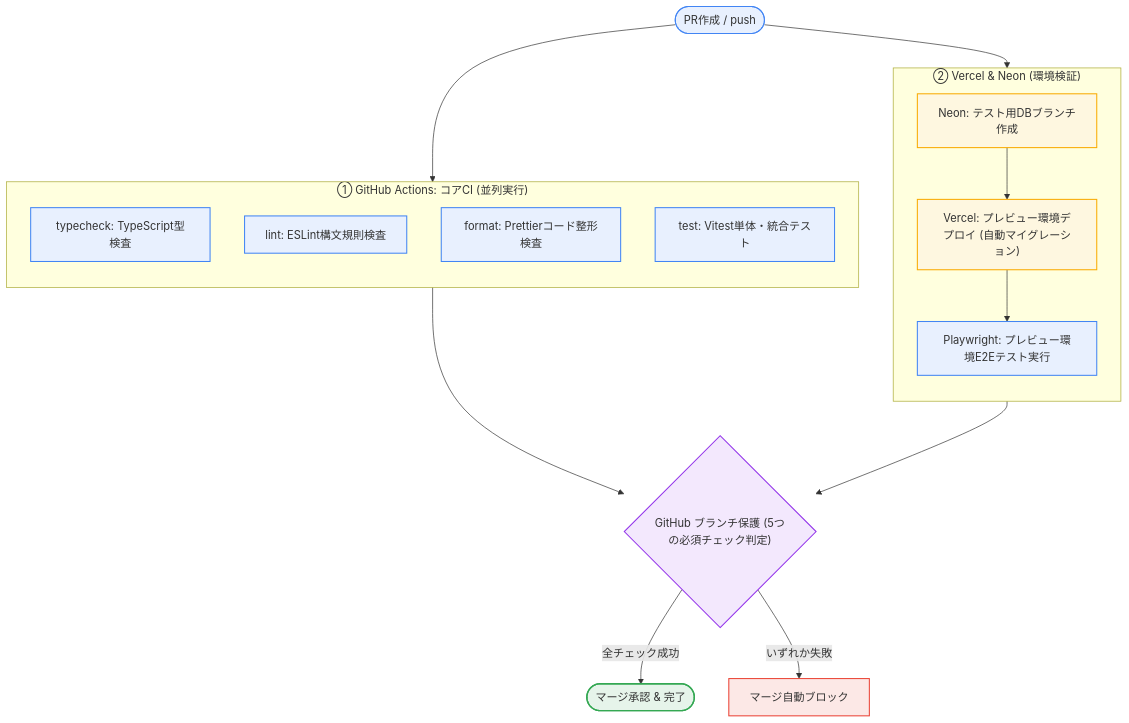
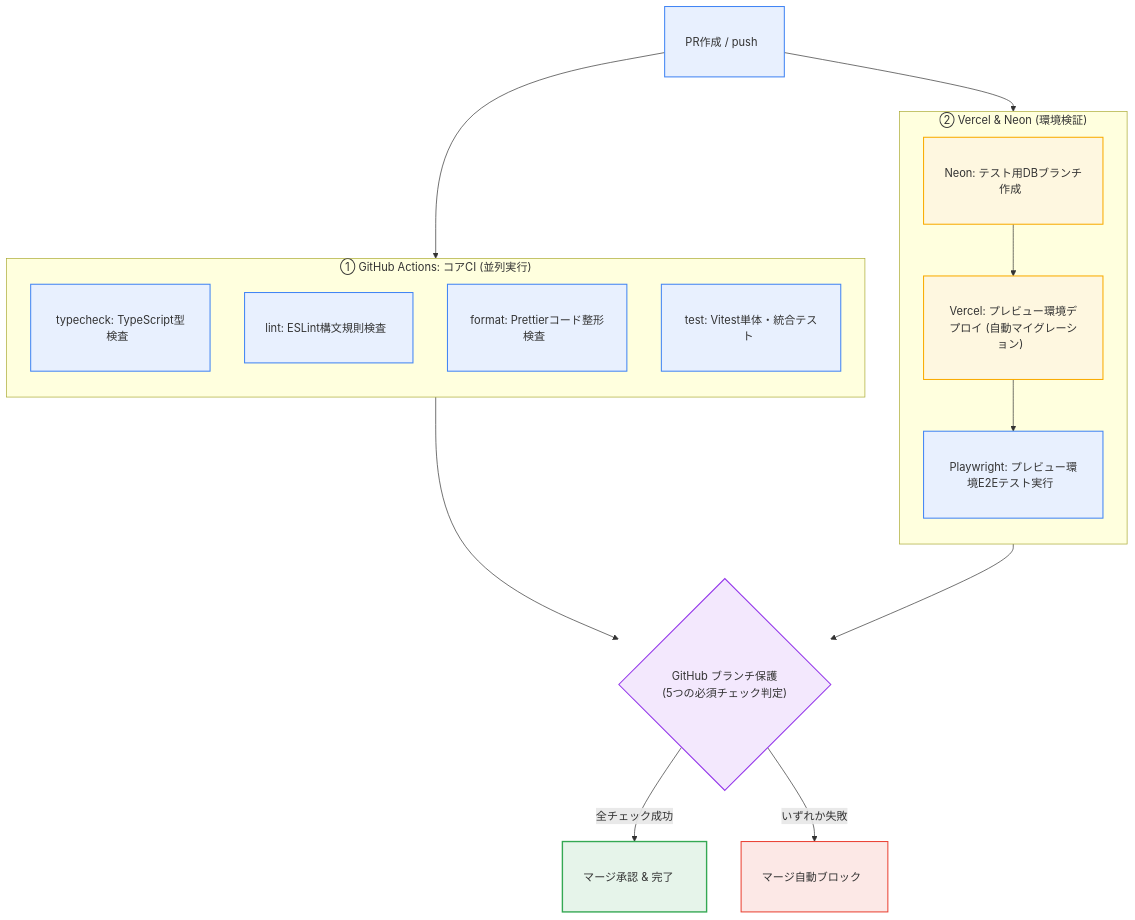
One commit to asaborian/material-request changed the first of 2 diagrams in README.md. Above: the diagram before and after it, drawn with Mermaid.

Commit message:
docs: paddingと余白文字によるMermaidの自動折り返しバグ対策

````diff
--- a/README.md
+++ b/README.md
@@ -28,37 +28,37 @@
 ```mermaid
 flowchart TD
-    %% 横長・薄型のブロックサイズを指定
-    classDef test fill:#e8f0fe,stroke:#4285f4,stroke-width:1.5px,min-width:280px;
-    classDef db fill:#fef7e0,stroke:#f9ab00,stroke-width:1.5px,min-width:340px;
-    classDef gate fill:#f3e8fd,stroke:#9334ea,stroke-width:1.5px,min-width:260px;
-    classDef ok fill:#e6f4ea,stroke:#34a853,stroke-width:2px;
-    classDef ng fill:#fce8e6,stroke:#ea4335,stroke-width:1.5px;
+    %% 有効な padding でノードの内側に安全な余白を確保する
+    classDef test fill:#e8f0fe,stroke:#4285f4,stroke-width:1.5px,padding:8px 16px;
+    classDef db fill:#fef7e0,stroke:#f9ab00,stroke-width:1.5px,padding:8px 16px;
+    classDef gate fill:#f3e8fd,stroke:#9334ea,stroke-width:1.5px,padding:8px 16px;
+    classDef ok fill:#e6f4ea,stroke:#34a853,stroke-width:2px,padding:10px 20px;
+    classDef ng fill:#fce8e6,stroke:#ea4335,stroke-width:1.5px,padding:8px 16px;
 
-    PR(["PR作成 / push"]):::test
+    PR["PR作成 / push&nbsp;&nbsp;"]:::test
 
     subgraph CI [" ① GitHub Actions: コアCI (並列実行) "]
         direction TB
-        TC["`typecheck: TypeScript型検査`"]:::test
-        LINT["`lint: ESLint構文規則検査`"]:::test
-        FMT["`format: Prettierコード整形検査`"]:::test
-        UNIT["`test: Vitest単体・統合テスト`"]:::test
+        TC["typecheck: TypeScript型検査&nbsp;&nbsp;"]:::test
+        LINT["lint: ESLint構文規則検査&nbsp;&nbsp;"]:::test
+        FMT["format: Prettierコード整形検査&nbsp;&nbsp;"]:::test
+        UNIT["test: Vitest単体・統合テスト&nbsp;&nbsp;"]:::test
     end
 
     subgraph PREVIEW [" ② Vercel & Neon (環境検証) "]
         direction TB
-        NEON["`Neon: テスト用DBブランチ作成`"]:::db
-        VERCEL["`Vercel: プレビュー環境デプロイ (自動マイグレーション)`"]:::db
-        E2E["`Playwright: プレビュー環境E2Eテスト実行`"]:::test
+        NEON["Neon: テスト用DBブランチ作成&nbsp;&nbsp;"]:::db
+        VERCEL["Vercel: プレビュー環境デプロイ (自動マイグレーション)&nbsp;&nbsp;"]:::db
+        E2E["Playwright: プレビュー環境E2Eテスト実行&nbsp;&nbsp;"]:::test
         NEON --> VERCEL --> E2E
     end
 
     PR --> CI
     PR --> PREVIEW
 
-    GATE{"GitHub ブランチ保護 (5つの必須チェック判定)"}:::gate
+    GATE{"GitHub ブランチ保護<br>(5つの必須チェック判定)"}:::gate
     CI --> GATE
     E2E --> GATE
 
-    GATE -->|全チェック成功| PASS(["マージ承認 & 完了"]):::ok
-    GATE -->|いずれか失敗| FAIL["マージ自動ブロック"]:::ng
+    GATE -->|全チェック成功| PASS["マージ承認 & 完了&nbsp;&nbsp;&nbsp;&nbsp;"]:::ok
+    GATE -->|いずれか失敗| FAIL["マージ自動ブロック&nbsp;&nbsp;"]:::ng
 ```
````
